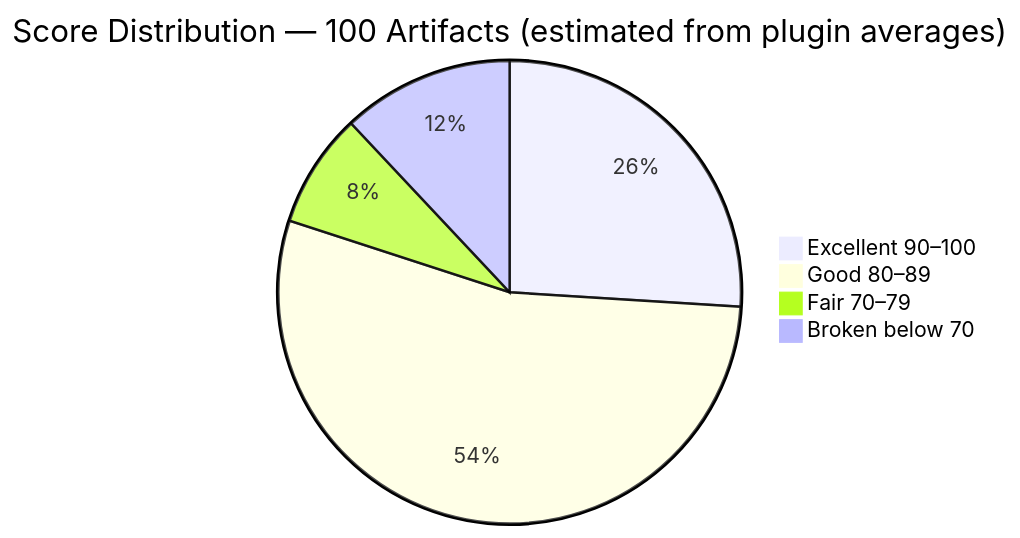
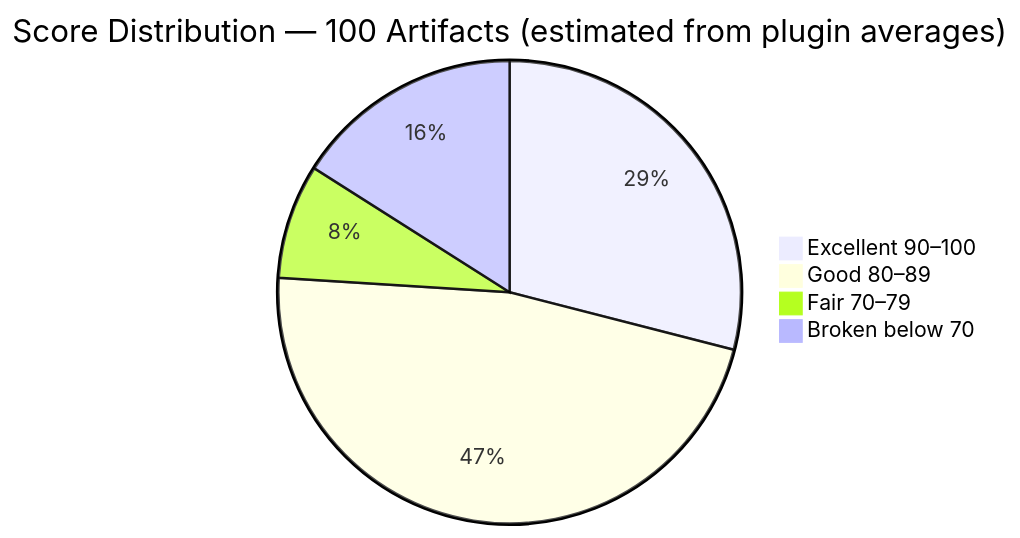
The first of 4 diagrams in case-studies/2026-04-22-wshobson-agents.md (cgartlab/nlpm), drawn with Mermaid before and after one commit. The commit also changed other lines of this file and 2 other files, not shown here.

````diff
--- a/case-studies/2026-04-22-wshobson-agents.md
+++ b/case-studies/2026-04-22-wshobson-agents.md
@@ -21,7 +19,7 @@
 ```mermaid
 pie title Score Distribution — 100 Artifacts (estimated from plugin averages)
-    "Excellent  90–100" : 26
-    "Good  80–89" : 54
-    "Fair  70–79" : 8
-    "Broken  below 70" : 12
+    "Excellent 90–100" : 29
+    "Good 80–89" : 47
+    "Fair 70–79" : 8
+    "Broken below 70" : 16
 ```
````
